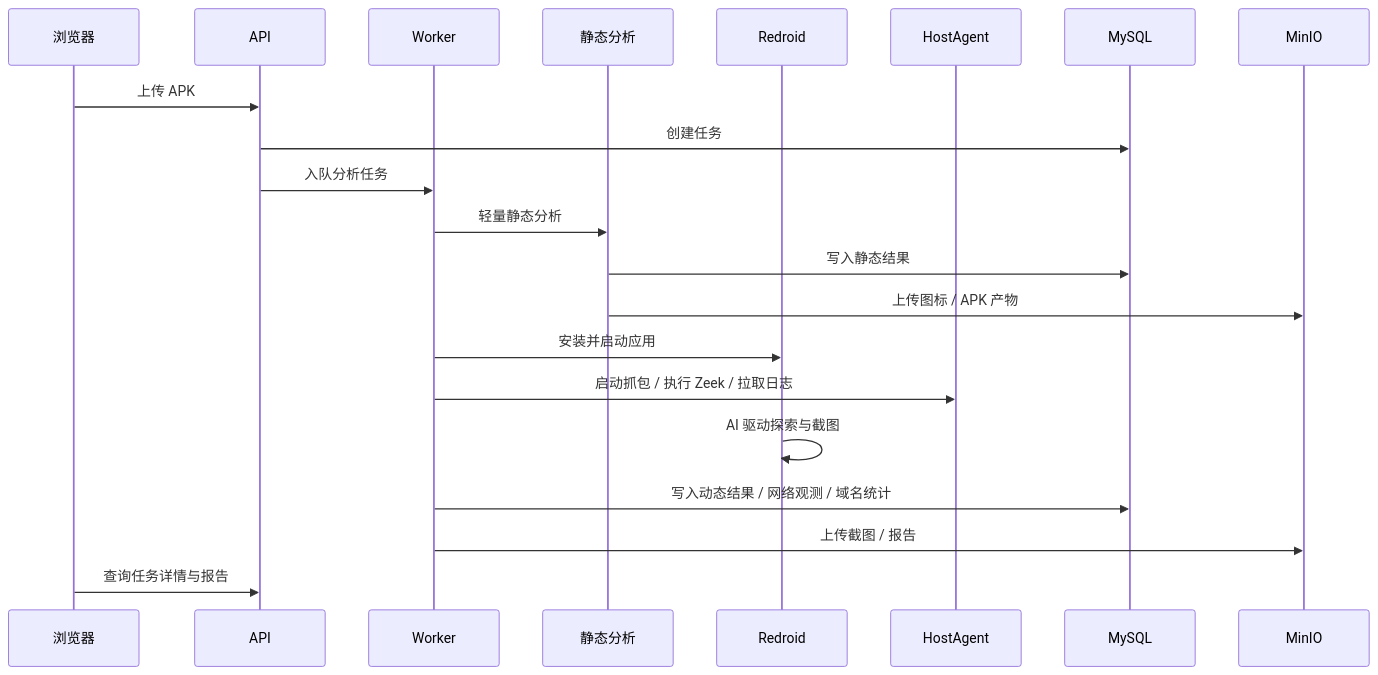
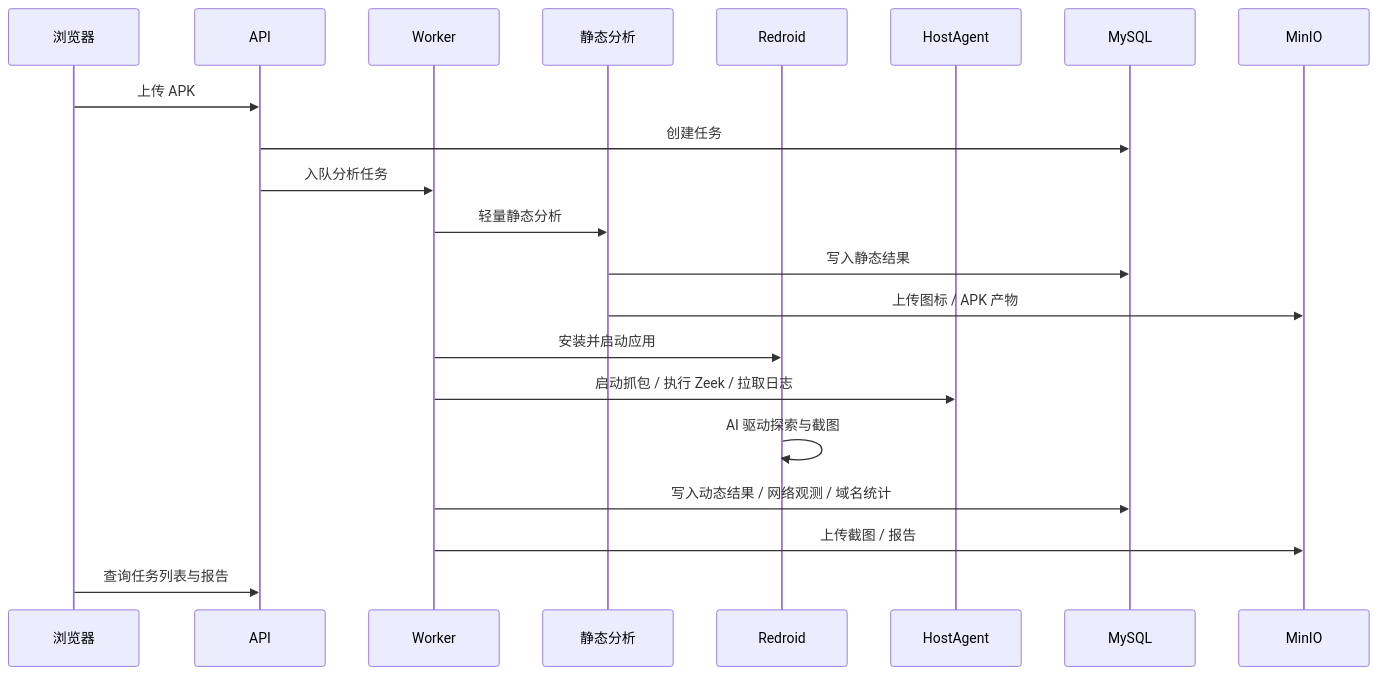
The second of 2 diagrams in README.md (liubowyf/ai-app-analyze), drawn with Mermaid before and after one commit. The commit also changed other lines of this file and 37 other files, not shown here.

Commit message:
feat: refine report-only frontend flow and permission catalog

````diff
--- a/README.md
+++ b/README.md
@@ -76,24 +75,24 @@
 ```mermaid
 sequenceDiagram
     participant 浏览器
     participant API
     participant Worker
     participant 静态分析
     participant Redroid
     participant HostAgent
     participant MySQL
     participant MinIO
 
     浏览器->>API: 上传 APK
     API->>MySQL: 创建任务
     API->>Worker: 入队分析任务
     Worker->>静态分析: 轻量静态分析
     静态分析->>MySQL: 写入静态结果
     静态分析->>MinIO: 上传图标 / APK 产物
     Worker->>Redroid: 安装并启动应用
     Worker->>HostAgent: 启动抓包 / 执行 Zeek / 拉取日志
     Redroid->>Redroid: AI 驱动探索与截图
     Worker->>MySQL: 写入动态结果 / 网络观测 / 域名统计
     Worker->>MinIO: 上传截图 / 报告
-    浏览器->>API: 查询任务详情与报告
+    浏览器->>API: 查询任务列表与报告
 ```
````
